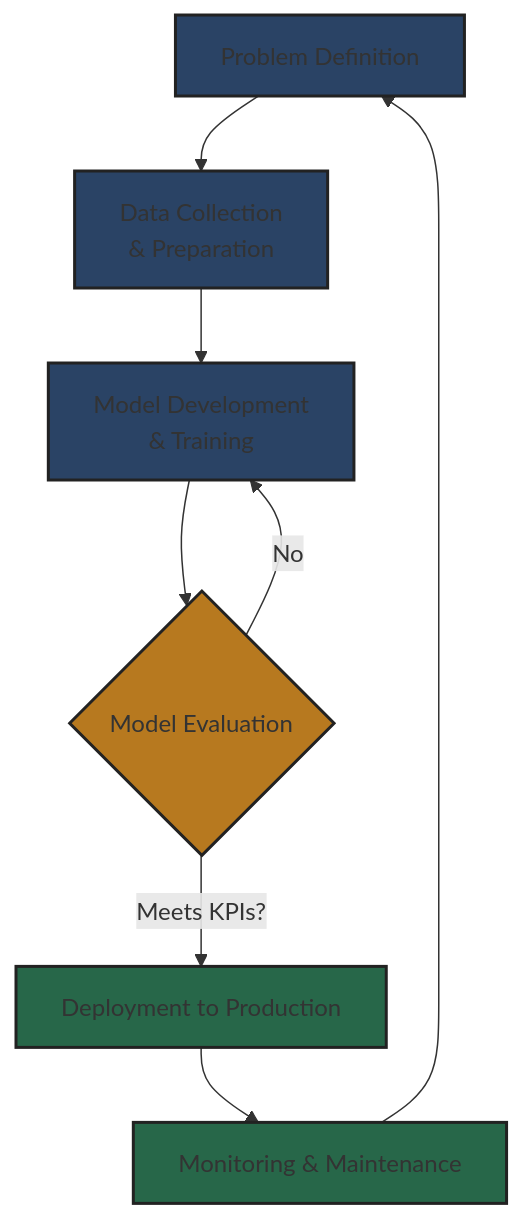
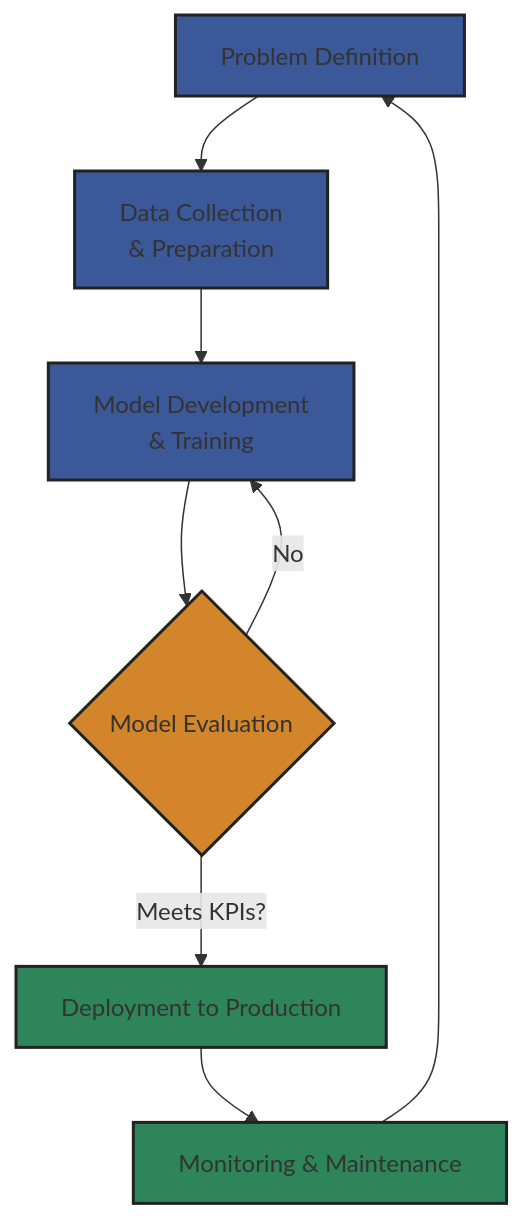
One commit to 89jobrien/examples changed the first of 5 diagrams in README.md. Above: the diagram before and after it, drawn with Mermaid. The commit also changed other lines of this file, not shown here.

````diff
--- a/README.md
+++ b/README.md
@@ -9,17 +9,17 @@
 ```mermaid
 graph TD
     A[Problem Definition] --> B[Data Collection<br>& Preparation]
     B --> C[Model Development<br>& Training]
     C --> D{Model Evaluation}
     D -- Meets KPIs? --> E[Deployment to Production]
     D -- No --> C
     E --> F[Monitoring & Maintenance]
     F --> A
 
-    style A fill:#2a4365,stroke:#222,stroke-width:2px
-    style B fill:#2a4365,stroke:#222,stroke-width:2px
-    style C fill:#2a4365,stroke:#222,stroke-width:2px
-    style D fill:#b7791f,stroke:#222,stroke-width:2px
-    style E fill:#276749,stroke:#222,stroke-width:2px
-    style F fill:#276749,stroke:#222,stroke-width:2px
+    style A fill:#3b5998,stroke:#222,stroke-width:2px
+    style B fill:#3b5998,stroke:#222,stroke-width:2px
+    style C fill:#3b5998,stroke:#222,stroke-width:2px
+    style D fill:#d2852b,stroke:#222,stroke-width:2px
+    style E fill:#2f855a,stroke:#222,stroke-width:2px
+    style F fill:#2f855a,stroke:#222,stroke-width:2px
 ```
````
